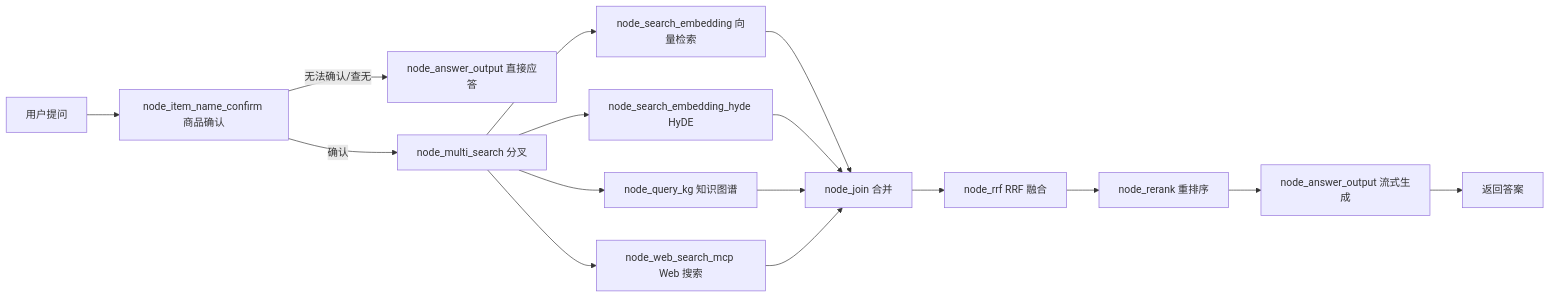
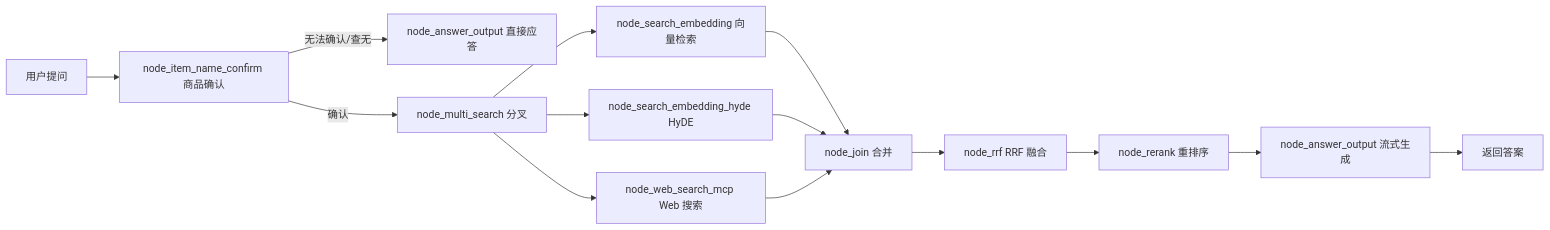
One commit to lchx114/-RAG- changed the third of 3 diagrams in README.md. Above: the diagram before and after it, drawn with Mermaid. The commit also changed other lines of this file, not shown here.

````diff
--- a/README.md
+++ b/README.md
@@ -389,15 +376,14 @@
 ```mermaid
 flowchart LR
     Q[用户提问] --> A[node_item_name_confirm 商品确认]
     A -->|无法确认/查无| OUT[node_answer_output 直接应答]
     A -->|确认| M[node_multi_search 分叉]
     M --> V1[node_search_embedding 向量检索]
     M --> V2[node_search_embedding_hyde HyDE]
-    M --> V3[node_query_kg 知识图谱]
-    M --> V4[node_web_search_mcp Web 搜索]
-    V1 & V2 & V3 & V4 --> J[node_join 合并]
+    M --> V3[node_web_search_mcp Web 搜索]
+    V1 & V2 & V3 --> J[node_join 合并]
     J --> R[node_rrf RRF 融合]
     R --> RK[node_rerank 重排序]
     RK --> ANS[node_answer_output 流式生成]
     ANS --> END[返回答案]
 ```
````
